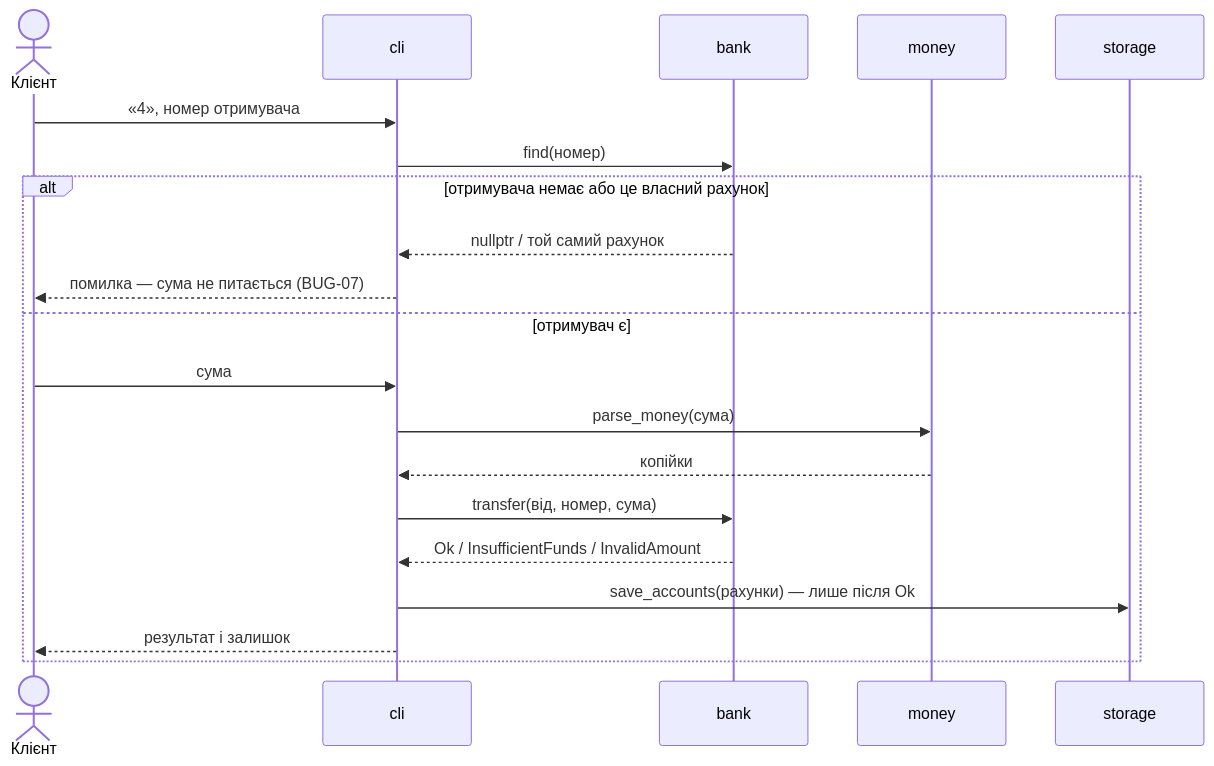
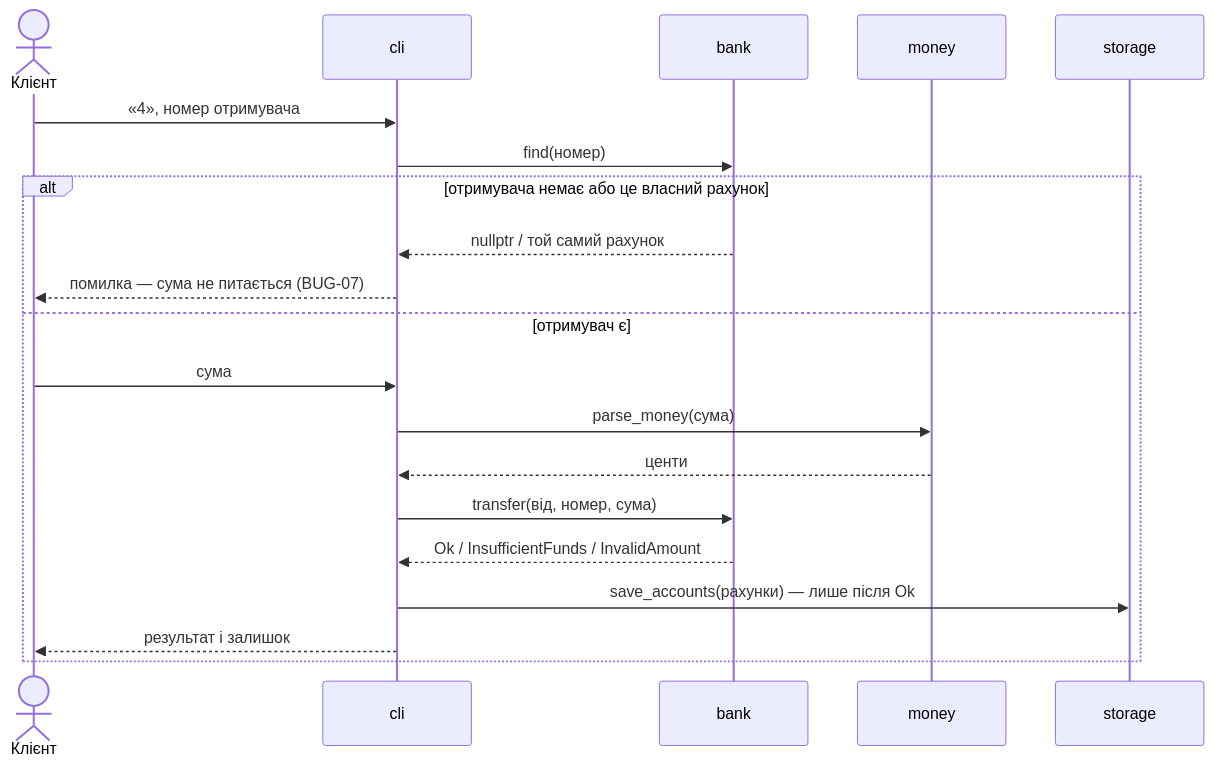
One commit to dyrikos/product-banksystem changed the second of 2 diagrams in 2-architecture/integration-plan.md. Above: the diagram before and after it, drawn with Mermaid. The commit also changed other lines of this file and 29 other files, not shown here.

````diff
--- a/2-architecture/integration-plan.md
+++ b/2-architecture/integration-plan.md
@@ -39,22 +39,22 @@
 ```mermaid
 sequenceDiagram
     actor C as Клієнт
     participant cli
     participant bank
     participant money
     participant storage
     C->>cli: «4», номер отримувача
     cli->>bank: find(номер)
     alt отримувача немає або це власний рахунок
         bank-->>cli: nullptr / той самий рахунок
         cli-->>C: помилка — сума не питається (BUG-07)
     else отримувач є
         C->>cli: сума
         cli->>money: parse_money(сума)
-        money-->>cli: копійки
+        money-->>cli: центи
         cli->>bank: transfer(від, номер, сума)
         bank-->>cli: Ok / InsufficientFunds / InvalidAmount
         cli->>storage: save_accounts(рахунки) — лише після Ok
         cli-->>C: результат і залишок
     end
 ```
````
